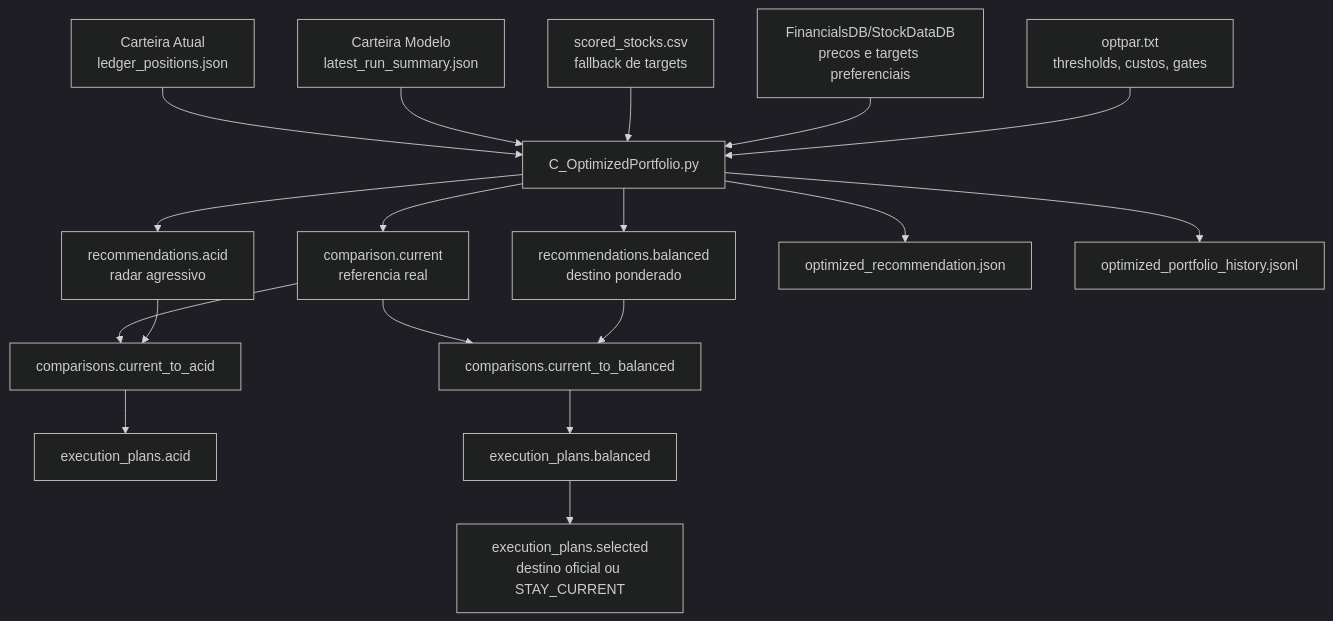
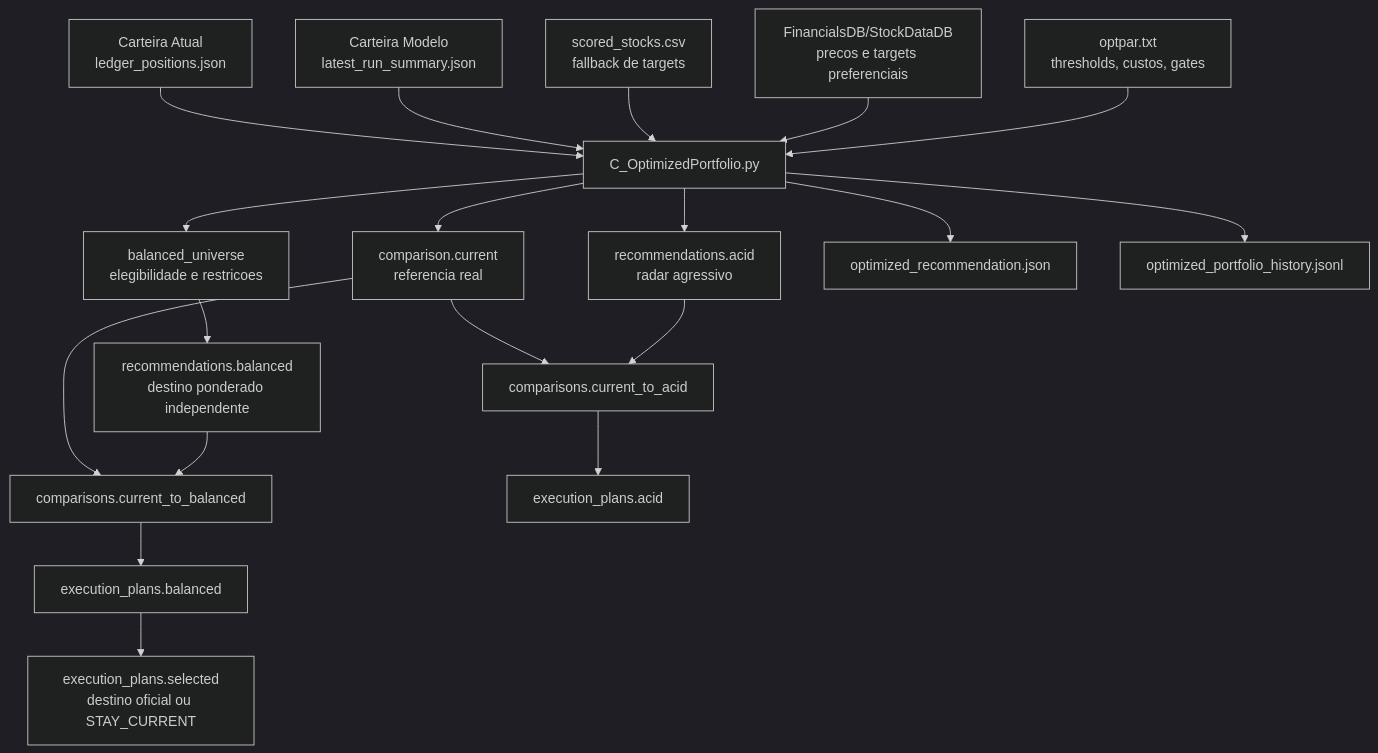
The fifth of 7 diagrams in docs/PIPELINE_VISUAL_MAP.md (gabrielcamposic/PortfolioESG), drawn with Mermaid (dark theme) before and after one commit. The commit also changed other lines of this file and 32 other files, not shown here.

````diff
--- a/docs/PIPELINE_VISUAL_MAP.md
+++ b/docs/PIPELINE_VISUAL_MAP.md
@@ -201,24 +201,25 @@
 ```mermaid
 flowchart TD
   current["Carteira Atual<br/>ledger_positions.json"] --> C["C_OptimizedPortfolio.py"]
   ideal["Carteira Modelo<br/>latest_run_summary.json"] --> C
   scored["scored_stocks.csv<br/>fallback de targets"] --> C
   findb["FinancialsDB/StockDataDB<br/>precos e targets preferenciais"] --> C
   optpar["optpar.txt<br/>thresholds, custos, gates"] --> C
 
   C --> acid["recommendations.acid<br/>radar agressivo"]
-  C --> balanced["recommendations.balanced<br/>destino ponderado"]
+  C --> buniverse["balanced_universe<br/>elegibilidade e restricoes"]
+  buniverse --> balanced["recommendations.balanced<br/>destino ponderado independente"]
   C --> currentref["comparison.current<br/>referencia real"]
 
   currentref --> compA["comparisons.current_to_acid"]
   acid --> compA
   currentref --> compB["comparisons.current_to_balanced"]
   balanced --> compB
 
   compA --> planA["execution_plans.acid"]
   compB --> planB["execution_plans.balanced"]
   planB --> selected["execution_plans.selected<br/>destino oficial ou STAY_CURRENT"]
 
   C --> recjson["optimized_recommendation.json"]
   C --> histjsonl["optimized_portfolio_history.jsonl"]
 ```
````
